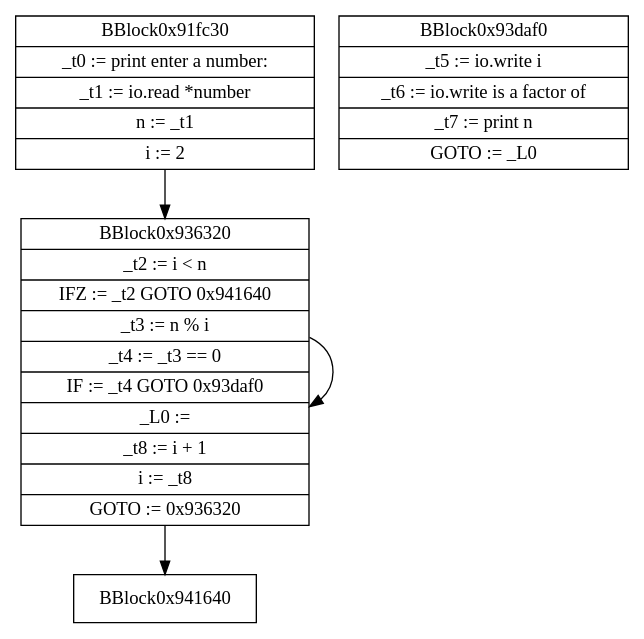
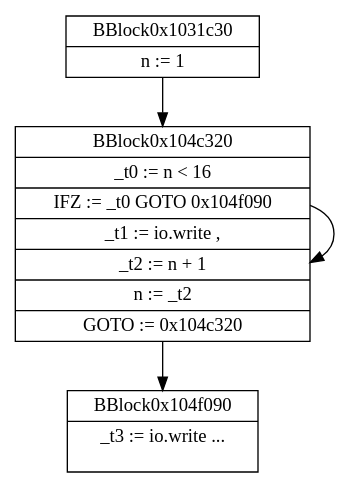
One commit to ErmakKosenko/LuaInterpreter changed the diagram in source.dot. Above: the diagram before and after it, drawn with Graphviz. The commit also changed 4 other files, not shown here.

```diff
--- a/source.dot
+++ b/source.dot
@@ -1,15 +1,13 @@
 digraph { 
 node[shape=record]
-BBlock0x91fc30 [label = "{<f0> BBlock0x91fc30|<f1> _t0 :=  print enter a number:  \n |<f2> _t1 :=  io.read *number  \n |<f3> n := _t1    \n |<f4> i := 2    \n }"];
+BBlock0x1031c30 [label = "{<f0> BBlock0x1031c30|<f1> n := 1    \n }"];
 
-BBlock0x91fc30 -> BBlock0x936320
-BBlock0x936320 [label = "{<f0> BBlock0x936320|<f1> _t2 := i \< n  \n |<f2> IFZ := _t2 GOTO 0x941640  \n |<f3> _t3 := n % i  \n |<f4> _t4 := _t3 == 0  \n |<f5> IF := _t4 GOTO 0x93daf0  \n |<f6> _L0 :=     \n |<f7> _t8 := i + 1  \n |<f8> i := _t8    \n |<f9> GOTO :=  0x936320   \n }"];
+BBlock0x1031c30 -> BBlock0x104c320
+BBlock0x104c320 [label = "{<f0> BBlock0x104c320|<f1> _t0 := n \< 16  \n |<f2> IFZ := _t0 GOTO 0x104f090  \n |<f3> _t1 :=  io.write ,   \n |<f4> _t2 := n + 1  \n |<f5> n := _t2    \n |<f6> GOTO :=  0x104c320   \n }"];
 
-BBlock0x936320 -> BBlock0x936320
-BBlock0x936320 -> BBlock0x941640
-BBlock0x93daf0 [label = "{<f0> BBlock0x93daf0|<f1> _t5 :=  io.write i  \n |<f2> _t6 :=  io.write  is a factor of   \n |<f3> _t7 :=  print n  \n |<f4> GOTO :=  _L0   \n }"];
-
-BBlock0x941640 [label = "{<f0> BBlock0x941640}"];
+BBlock0x104c320 -> BBlock0x104c320
+BBlock0x104c320 -> BBlock0x104f090
+BBlock0x104f090 [label = "{<f0> BBlock0x104f090|<f1> _t3 :=  io.write ...\n  \n }"];
 
 
 }
```
